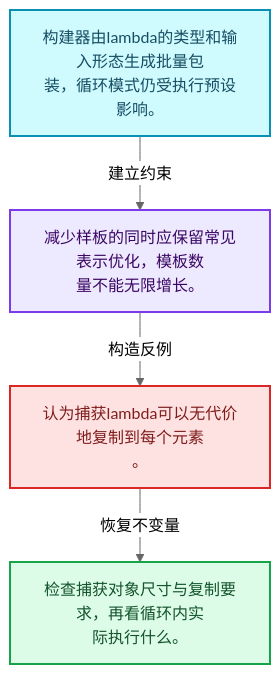
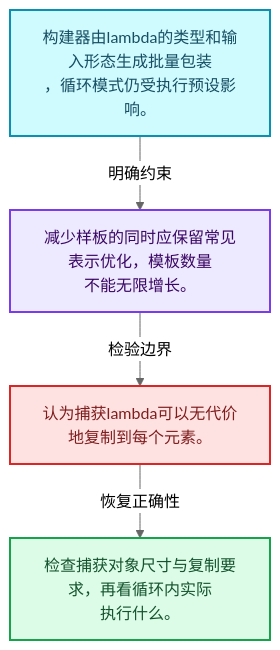
The first of 4 diagrams in 杂/markdown/全面学习-codex/07-MultiFunction与批量执行/06-函数构建器.md (yunkezengren/blender-.vscode), drawn with Mermaid (neutral theme) before and after one commit. The commit also changed other lines of this file and 1930 other files, not shown here.

````diff
--- a/杂/markdown/全面学习-codex/07-MultiFunction与批量执行/06-函数构建器.md
+++ b/杂/markdown/全面学习-codex/07-MultiFunction与批量执行/06-函数构建器.md
@@ -29,16 +29,16 @@
 ```mermaid
 flowchart TB
-  M["构建器由lambda的类型和输入形态生成批量包<br/>装，循环模式仍受执行预设影响。"]:::data
-  T["减少样板的同时应保留常见表示优化，模板数<br/>量不能无限增长。"]:::abstraction
-  X["认为捕获lambda可以无代价地复制到每个元素<br/>。"]:::error
-  A["检查捕获对象尺寸与复制要求，再看循环内实<br/>际执行什么。"]:::result
-  M -->|"建立约束"| T
-  T -->|"构造反例"| X
-  X -->|"恢复不变量"| A
+  M["构建器由lambda的类型和输入形态生成批量包装<br/>，循环模式仍受执行预设影响。"]:::data
+  C["减少样板的同时应保留常见表示优化，模板数量<br/>不能无限增长。"]:::abstraction
+  B["认为捕获lambda可以无代价地复制到每个元素。"]:::error
+  R["检查捕获对象尺寸与复制要求，再看循环内实际<br/>执行什么。"]:::result
+  M -->|"明确约束"| C
+  C -->|"检验边界"| B
+  B -->|"恢复正确性"| R
   classDef input fill:#DBEAFE,stroke:#2563EB,color:#172554,stroke-width:2px;
   classDef data fill:#CFFAFE,stroke:#0891B2,color:#164E63,stroke-width:2px;
   classDef abstraction fill:#EDE9FE,stroke:#7C3AED,color:#3B0764,stroke-width:2px;
   classDef compute fill:#FEF3C7,stroke:#D97706,color:#78350F,stroke-width:2px;
   classDef result fill:#DCFCE7,stroke:#16A34A,color:#14532D,stroke-width:2px;
   classDef error fill:#FEE2E2,stroke:#DC2626,color:#7F1D1D,stroke-width:2px;
 ```
````
